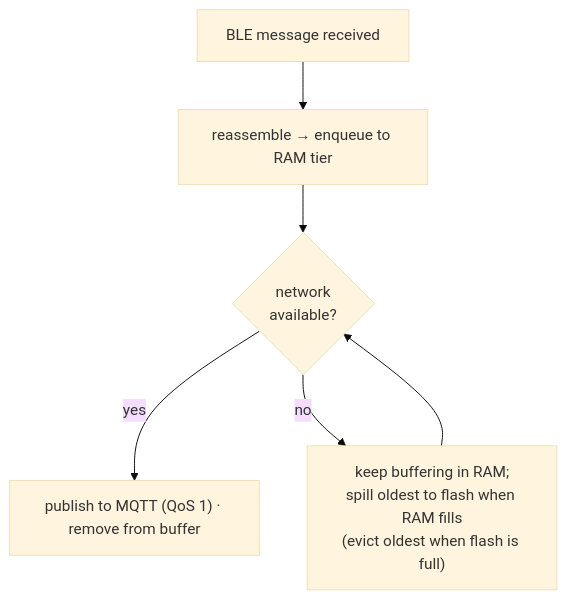
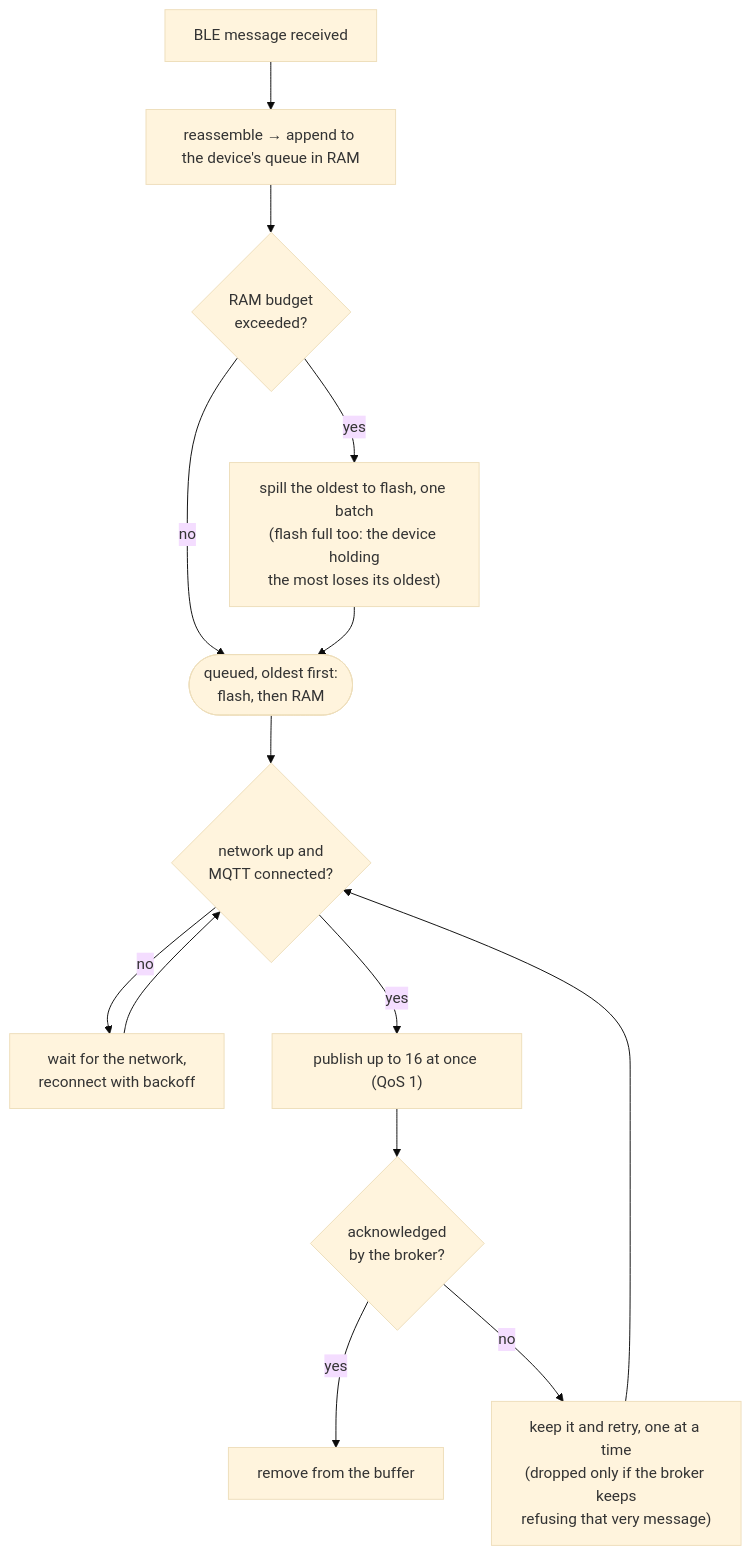
The second of 2 diagrams in README.md (kucerah0nza/spotflow-android-gateway), drawn with Mermaid (base theme) before and after one commit. The commit also changed other lines of this file, not shown here.

First line of the commit message:
README: bring the diagrams and the build and test notes up to date

````diff
--- a/README.md
+++ b/README.md
@@ -288,8 +298,17 @@
 ```mermaid
 flowchart TD
-    A["BLE message received"] --> B["reassemble → enqueue to RAM tier"]
-    B --> C{"network<br/>available?"}
-    C -- "yes" --> D["publish to MQTT (QoS 1) · remove from buffer"]
-    C -- "no" --> E["keep buffering in RAM;<br/>spill oldest to flash when RAM fills<br/>(evict oldest when flash is full)"]
-    E --> C
+    A["BLE message received"] --> B["reassemble → append to the device's queue in RAM"]
+    B --> R{"RAM budget<br/>exceeded?"}
+    R -- "yes" --> S["spill the oldest to flash, one batch<br/>(flash full too: the device holding<br/>the most loses its oldest)"]
+    Q(["queued, oldest first:<br/>flash, then RAM"])
+    R -- "no" --> Q
+    S --> Q
+    Q --> C{"network up and<br/>MQTT connected?"}
+    C -- "no" --> W["wait for the network,<br/>reconnect with backoff"]
+    W --> C
+    C -- "yes" --> P["publish up to 16 at once (QoS 1)"]
+    P --> K{"acknowledged<br/>by the broker?"}
+    K -- "yes" --> X["remove from the buffer"]
+    K -- "no" --> F["keep it and retry, one at a time<br/>(dropped only if the broker keeps<br/>refusing that very message)"]
+    F --> C
 ```
````
